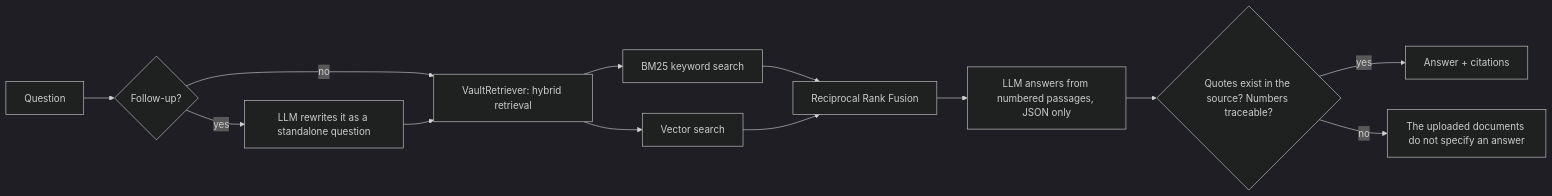
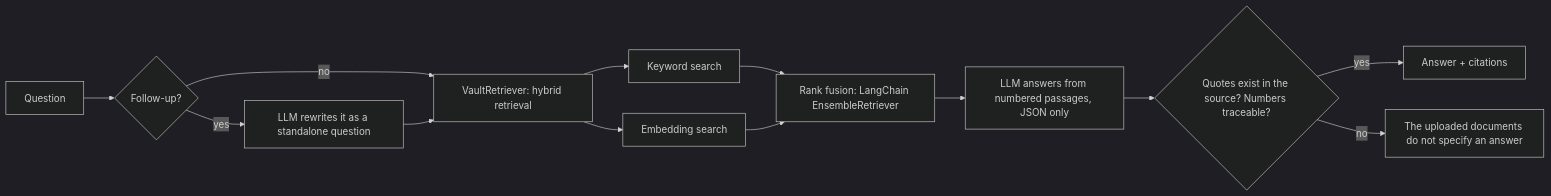
One commit to rajvyas72002/vault-document-system changed the second of 2 diagrams in README.md. Above: the diagram before and after it, drawn with Mermaid (dark theme). The commit also changed other lines of this file and 14 other files, not shown here.

Commit message:
Use LangChain retriever by default (60/60 on gpt-4o), update docs and diagrams

````diff
--- a/README.md
+++ b/README.md
@@ -55,15 +55,15 @@
 ```mermaid
 flowchart LR
     Q[Question] --> F{Follow-up?}
     F -- yes --> RW[LLM rewrites it as a standalone question]
     F -- no --> R1
     RW --> R1[VaultRetriever: hybrid retrieval]
-    R1 --> L[BM25 keyword search]
-    R1 --> VS[Vector search]
-    L --> RRF[Reciprocal Rank Fusion]
+    R1 --> L[Keyword search]
+    R1 --> VS[Embedding search]
+    L --> RRF[Rank fusion: LangChain EnsembleRetriever]
     VS --> RRF
     RRF --> G[LLM answers from numbered passages, JSON only]
     G --> CHK{Quotes exist in the source? Numbers traceable?}
     CHK -- yes --> A[Answer + citations]
     CHK -- no --> N[The uploaded documents do not specify an answer]
 ```
````
